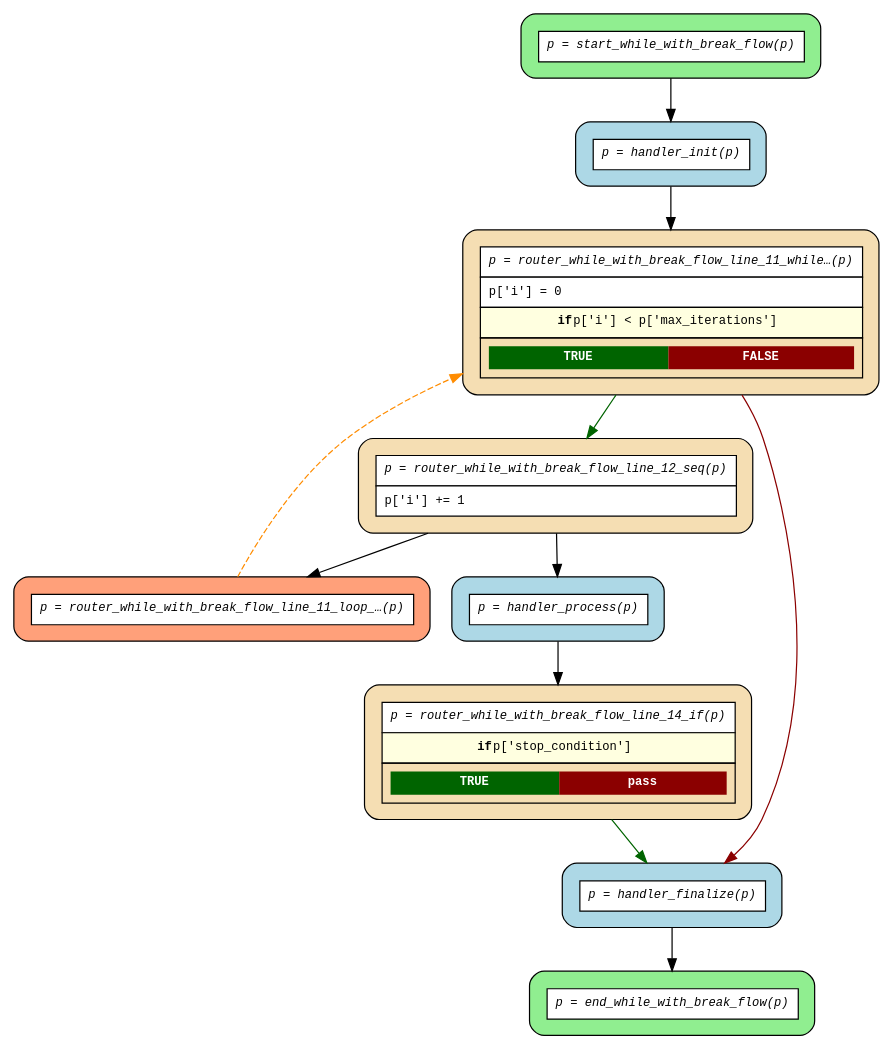
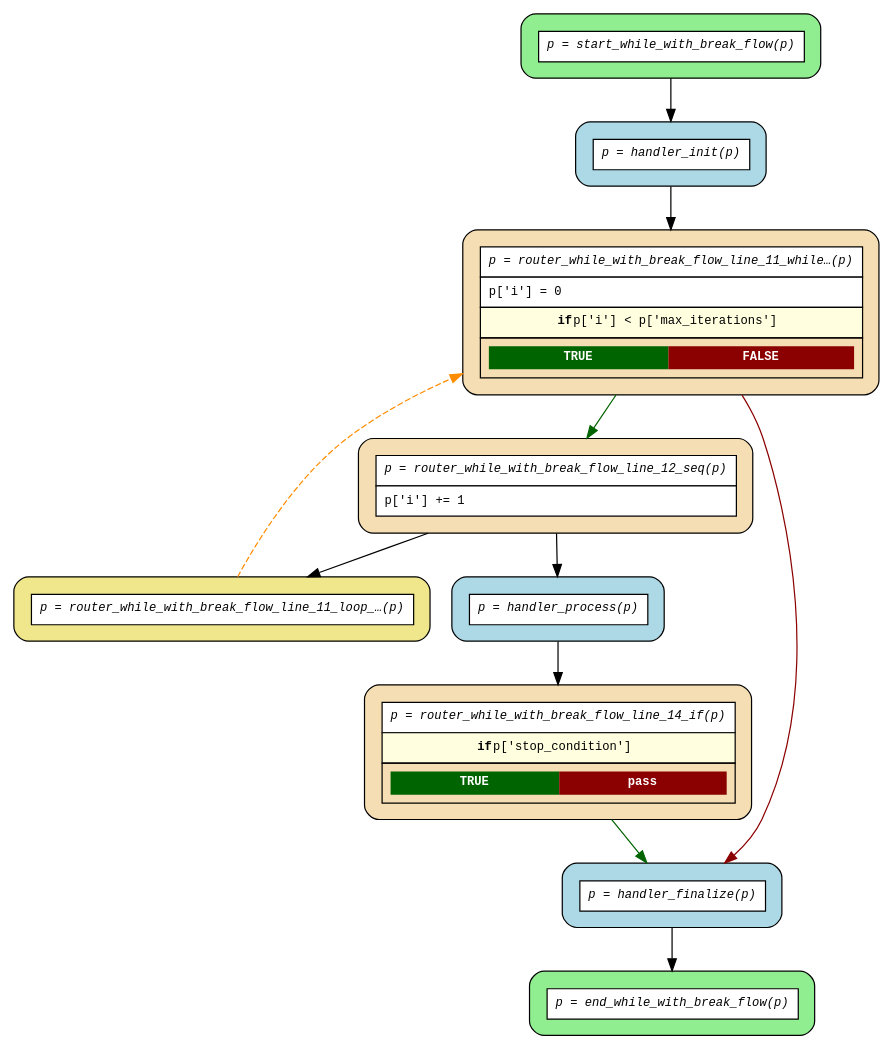
One commit to deliveryhero/asya changed the diagram in examples/flows/compiled/while_with_break/flow.dot. Above: the diagram before and after it, drawn with Graphviz. The commit also changed 26 other files, not shown here.

First line of the commit message:
fix(flow): fix DOT graph spurious edges and loop-back router color

```diff
--- a/examples/flows/compiled/while_with_break/flow.dot
+++ b/examples/flows/compiled/while_with_break/flow.dot
@@ -1,27 +1,27 @@
 digraph flow {
   rankdir=TB;
   graph [fontname="Courier", fontsize=10];
   node [fontname="Courier", fontsize=10, shape=box, style="filled,rounded", margin="0.2"];
   edge [fontname="Courier", fontsize=10];
 
   start_while_with_break_flow [fillcolor="lightgreen", label=<<table border="0" cellspacing="0" cellpadding="6" cellborder="1"><tr><td bgcolor="white" align="center"><i>p = start_while_with_break_flow(p)</i></td></tr></table>>];
   router_while_with_break_flow_line_14_if [fillcolor="wheat", label=<<table border="0" cellspacing="0" cellpadding="6" cellborder="1"><tr><td bgcolor="white" align="center"><i>p = router_while_with_break_flow_line_14_if(p)</i></td></tr><tr><td bgcolor="lightyellow"><b>if</b> p['stop_condition']</td></tr><tr><td><table border="0" cellspacing="0" cellpadding="4"><tr><td bgcolor="darkgreen"><font color="white"><b>TRUE</b></font></td><td bgcolor="darkred"><font color="white"><b>pass</b></font></td></tr></table></td></tr></table>>];
   router_while_with_break_flow_line_12_seq [fillcolor="wheat", label=<<table border="0" cellspacing="0" cellpadding="6" cellborder="1"><tr><td bgcolor="white" align="center"><i>p = router_while_with_break_flow_line_12_seq(p)</i></td></tr><tr><td bgcolor="white" align="left">p['i'] += 1</td></tr></table>>];
-  router_while_with_break_flow_line_11_loop_back_0 [fillcolor="lightsalmon", label=<<table border="0" cellspacing="0" cellpadding="6" cellborder="1"><tr><td bgcolor="white" align="center"><i>p = router_while_with_break_flow_line_11_loop_…(p)</i></td></tr></table>>];
+  router_while_with_break_flow_line_11_loop_back_0 [fillcolor="khaki", label=<<table border="0" cellspacing="0" cellpadding="6" cellborder="1"><tr><td bgcolor="white" align="center"><i>p = router_while_with_break_flow_line_11_loop_…(p)</i></td></tr></table>>];
   router_while_with_break_flow_line_11_while_0 [fillcolor="wheat", label=<<table border="0" cellspacing="0" cellpadding="6" cellborder="1"><tr><td bgcolor="white" align="center"><i>p = router_while_with_break_flow_line_11_while…(p)</i></td></tr><tr><td bgcolor="white" align="left">p['i'] = 0</td></tr><tr><td bgcolor="lightyellow"><b>if</b> p['i'] &lt; p['max_iterations']</td></tr><tr><td><table border="0" cellspacing="0" cellpadding="4"><tr><td bgcolor="darkgreen"><font color="white"><b>TRUE</b></font></td><td bgcolor="darkred"><font color="white"><b>FALSE</b></font></td></tr></table></td></tr></table>>];
   end_while_with_break_flow [fillcolor="lightgreen", label=<<table border="0" cellspacing="0" cellpadding="6" cellborder="1"><tr><td bgcolor="white" align="center"><i>p = end_while_with_break_flow(p)</i></td></tr></table>>];
   handler_finalize [fillcolor="lightblue", label=<<table border="0" cellspacing="0" cellpadding="6" cellborder="1"><tr><td bgcolor="white" align="center"><i>p = handler_finalize(p)</i></td></tr></table>>];
   handler_init [fillcolor="lightblue", label=<<table border="0" cellspacing="0" cellpadding="6" cellborder="1"><tr><td bgcolor="white" align="center"><i>p = handler_init(p)</i></td></tr></table>>];
   handler_process [fillcolor="lightblue", label=<<table border="0" cellspacing="0" cellpadding="6" cellborder="1"><tr><td bgcolor="white" align="center"><i>p = handler_process(p)</i></td></tr></table>>];
 
   handler_finalize -> end_while_with_break_flow;
   handler_init -> router_while_with_break_flow_line_11_while_0;
   handler_process -> router_while_with_break_flow_line_14_if;
   router_while_with_break_flow_line_11_loop_back_0 -> router_while_with_break_flow_line_11_while_0 [style=dashed, color=darkorange, constraint=false];
   router_while_with_break_flow_line_11_while_0 -> handler_finalize [color=darkred];
   router_while_with_break_flow_line_11_while_0 -> router_while_with_break_flow_line_12_seq [color=darkgreen];
   router_while_with_break_flow_line_12_seq -> handler_process;
   router_while_with_break_flow_line_12_seq -> router_while_with_break_flow_line_11_loop_back_0;
   router_while_with_break_flow_line_14_if -> handler_finalize [color=darkgreen];
   start_while_with_break_flow -> handler_init;
 }
```
